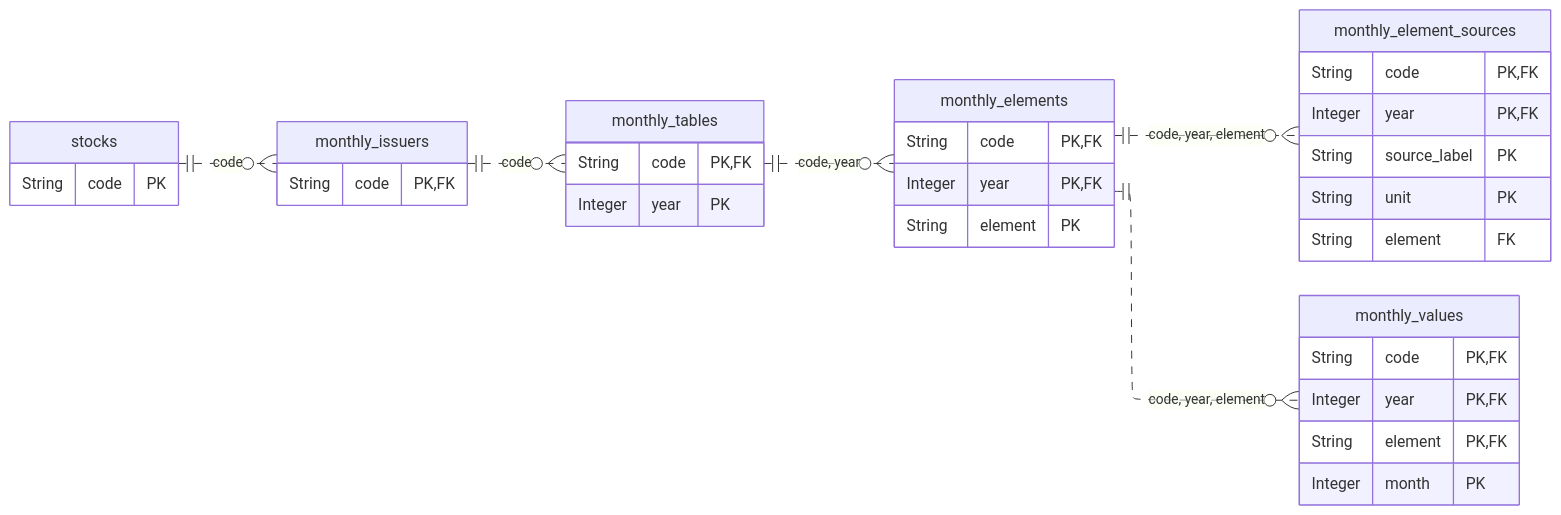
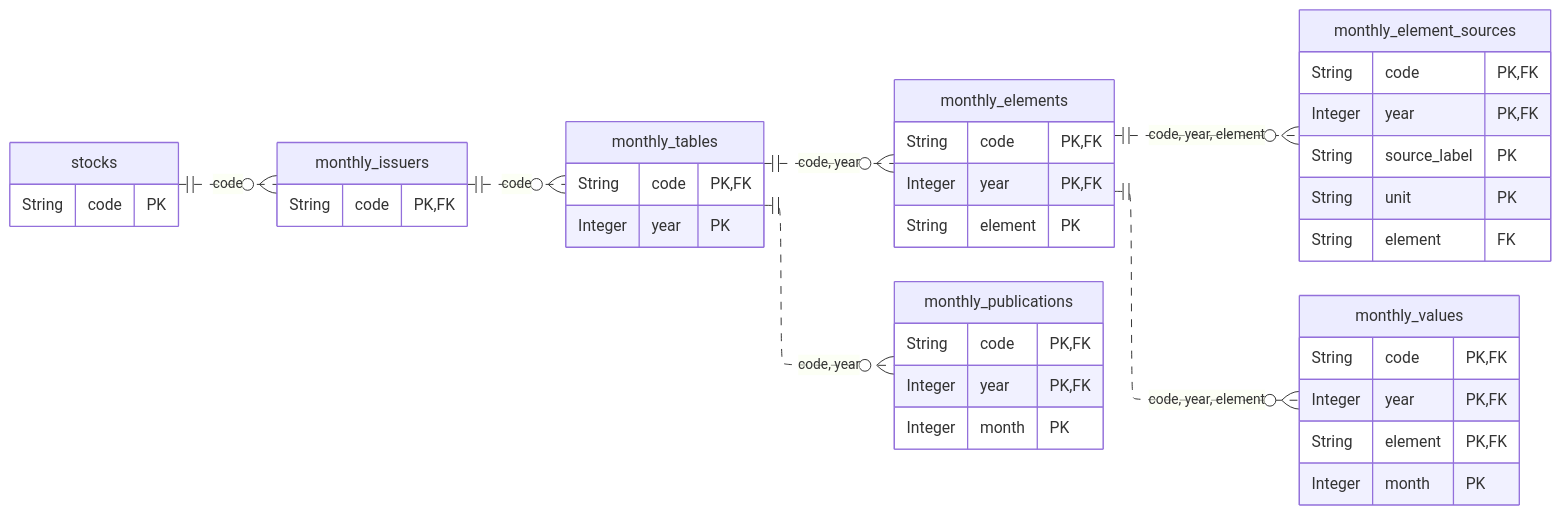
Before and after one commit to pekumirui/stock-analyzer: the diagram in docs/schema/monthly.md, drawn with Mermaid. The commit also changed other lines of this file and 38 other files, not shown here.

````diff
--- a/docs/schema/monthly.md
+++ b/docs/schema/monthly.md
@@ -7,41 +7,47 @@
 ```mermaid
 ---
 config:
   layout: elk
 ---
 erDiagram
   direction LR
   monthly_element_sources {
     String code PK, FK
     Integer year PK, FK
     String source_label PK
     String unit PK
     String element FK
   }
   monthly_elements {
     String code PK, FK
     Integer year PK, FK
     String element PK
   }
   monthly_issuers {
     String code PK, FK
   }
+  monthly_publications {
+    String code PK, FK
+    Integer year PK, FK
+    Integer month PK
+  }
   monthly_tables {
     String code PK, FK
     Integer year PK
   }
   monthly_values {
     String code PK, FK
     Integer year PK, FK
     String element PK, FK
     Integer month PK
   }
   stocks {
     String code PK
   }
   monthly_elements ||..o{ monthly_element_sources : "code, year, element"
   monthly_elements ||..o{ monthly_values : "code, year, element"
   monthly_issuers ||..o{ monthly_tables : code
   monthly_tables ||..o{ monthly_elements : "code, year"
+  monthly_tables ||..o{ monthly_publications : "code, year"
   stocks ||..o{ monthly_issuers : code
 ```
````
